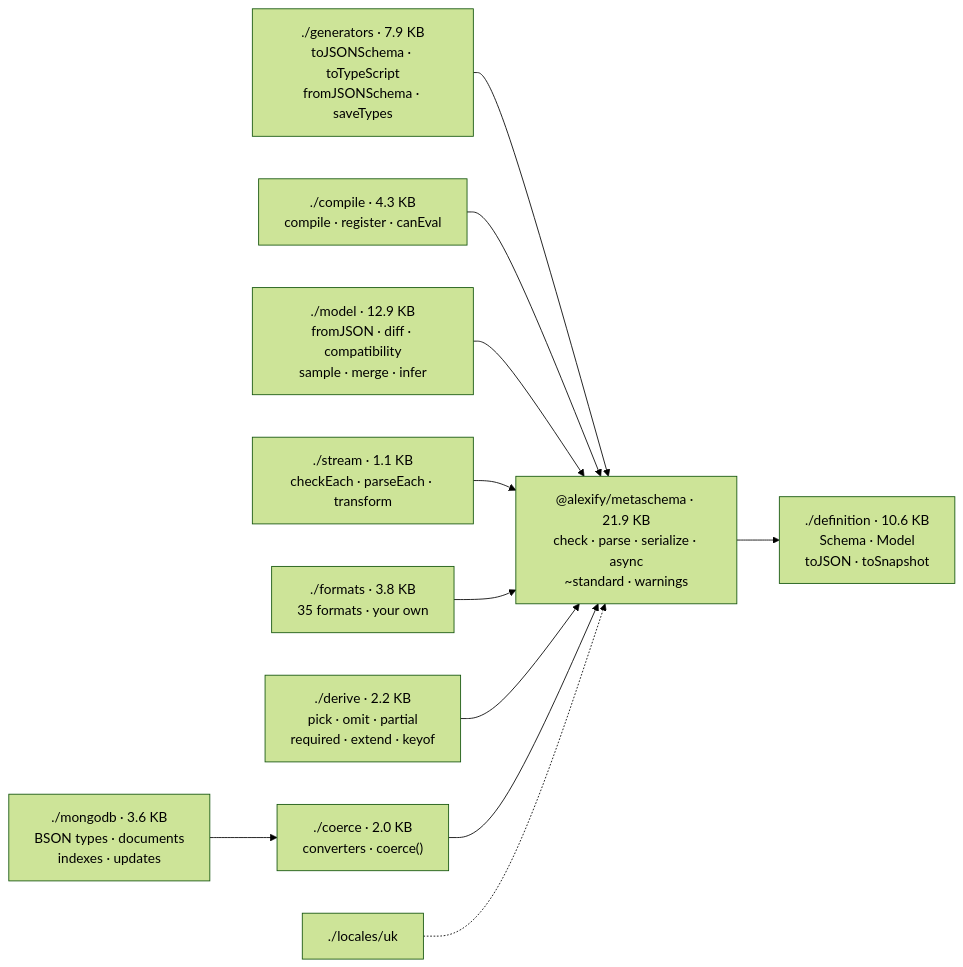
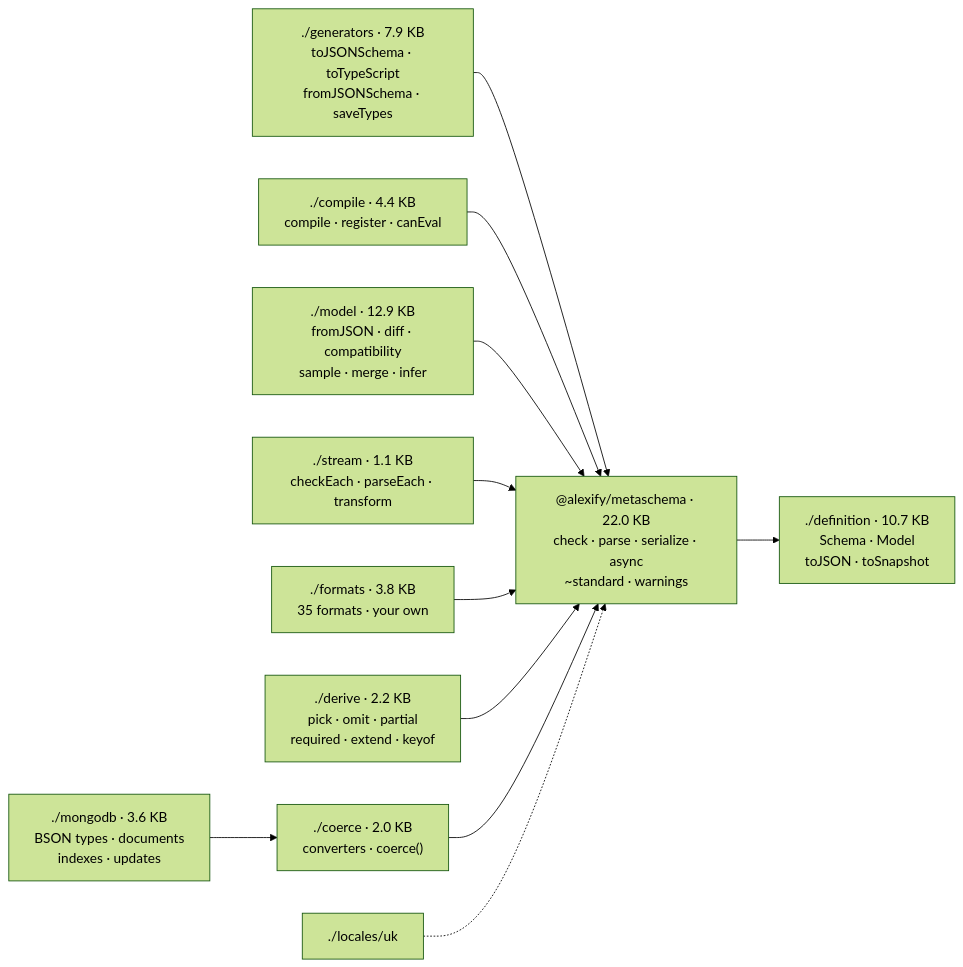
Before and after one commit to Alexis-Technologies/metaschema: the second of 10 diagrams in docs/guide/architecture.md, drawn with Mermaid (forest theme). The commit also changed 52 other files, not shown here.

````diff
--- a/docs/guide/architecture.md
+++ b/docs/guide/architecture.md
@@ -42,14 +42,14 @@
 ```mermaid
 flowchart LR
     GEN["./generators · 7.9 KB<br/>toJSONSchema · toTypeScript<br/>fromJSONSchema · saveTypes"] --> CORE
-    COMP["./compile · 4.3 KB<br/>compile · register · canEval"] --> CORE
+    COMP["./compile · 4.4 KB<br/>compile · register · canEval"] --> CORE
     MOD["./model · 12.9 KB<br/>fromJSON · diff · compatibility<br/>sample · merge · infer"] --> CORE
     STR["./stream · 1.1 KB<br/>checkEach · parseEach · transform"] --> CORE
     FMT["./formats · 3.8 KB<br/>35 formats · your own"] --> CORE
     DER["./derive · 2.2 KB<br/>pick · omit · partial<br/>required · extend · keyof"] --> CORE
     COE["./coerce · 2.0 KB<br/>converters · coerce()"] --> CORE
     MDB["./mongodb · 3.6 KB<br/>BSON types · documents<br/>indexes · updates"] --> COE
     LOC["./locales/uk"] -.-> CORE
-    CORE["@alexify/metaschema · 21.9 KB<br/>check · parse · serialize · async<br/>~standard · warnings"] --> DEFN
-    DEFN["./definition · 10.6 KB<br/>Schema · Model<br/>toJSON · toSnapshot"]
+    CORE["@alexify/metaschema · 22.0 KB<br/>check · parse · serialize · async<br/>~standard · warnings"] --> DEFN
+    DEFN["./definition · 10.7 KB<br/>Schema · Model<br/>toJSON · toSnapshot"]
 ```
````
